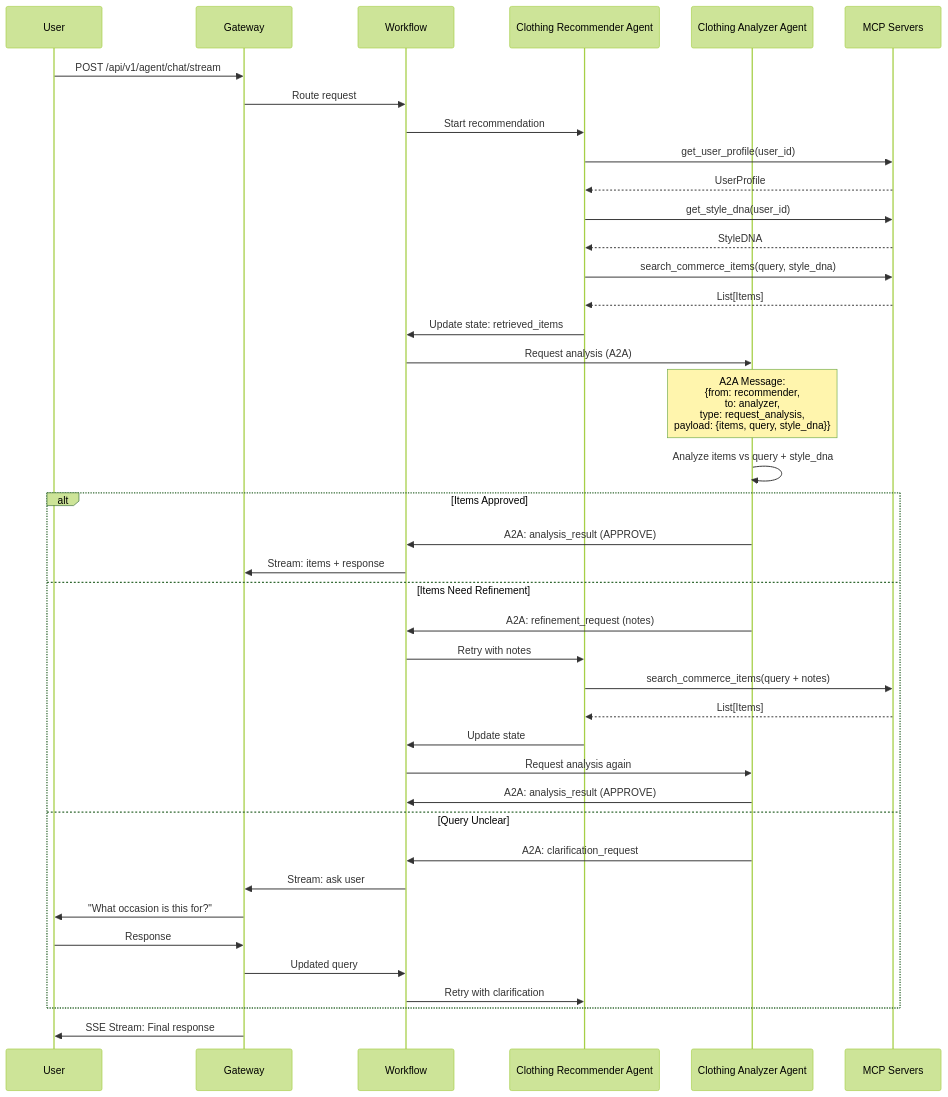
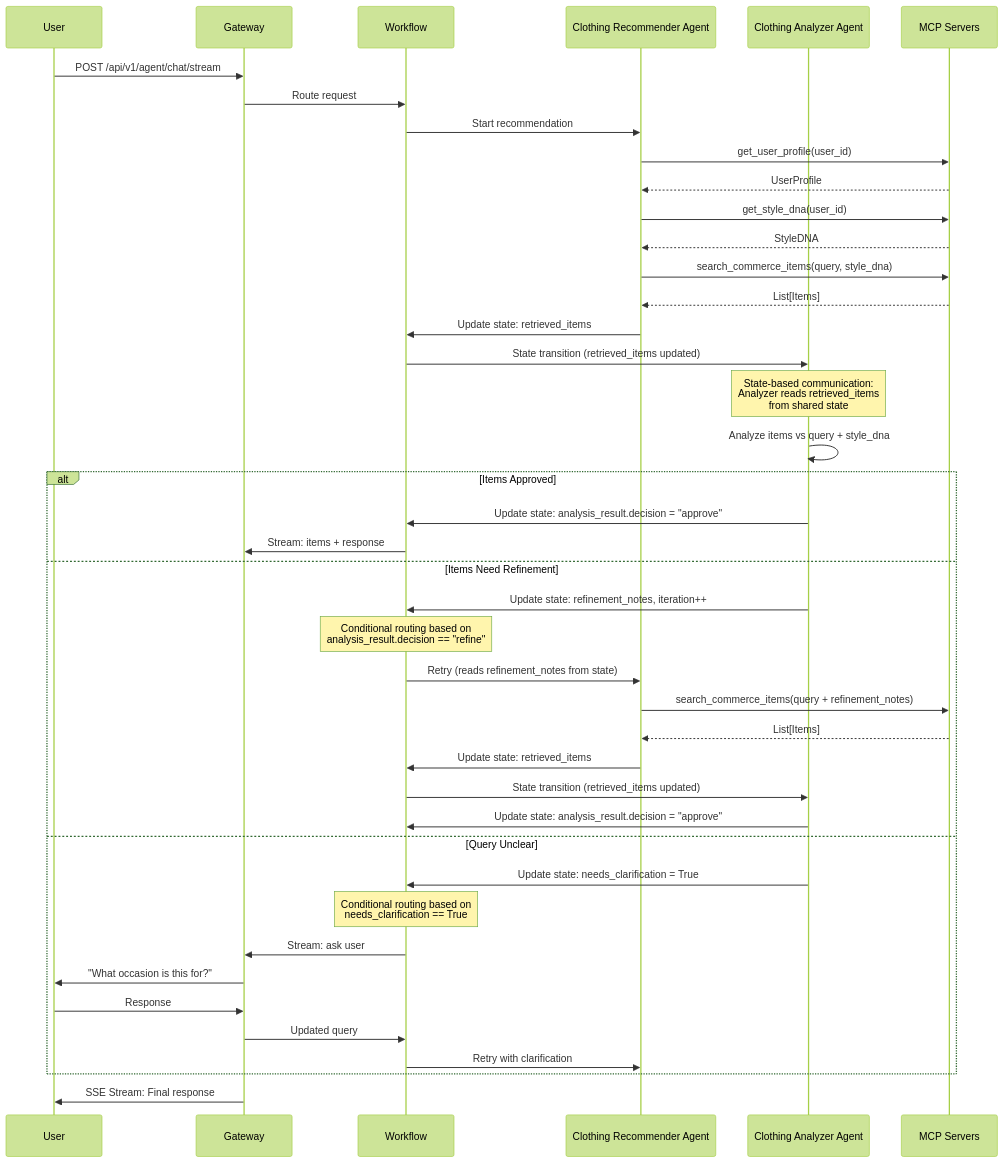
Before and after one commit to brscn2/aesthetiq: the third of 7 diagrams in python_engine/docs/MULTI_AGENT_FLOW_DIAGRAM.md, drawn with Mermaid (forest theme). The commit also changed other lines of this file and 14 other files, not shown here.

````diff
--- a/python_engine/docs/MULTI_AGENT_FLOW_DIAGRAM.md
+++ b/python_engine/docs/MULTI_AGENT_FLOW_DIAGRAM.md
@@ -147,51 +149,53 @@
 ```mermaid
 sequenceDiagram
     participant User
     participant Gateway
     participant Workflow
     participant Recommender as Clothing Recommender Agent
     participant Analyzer as Clothing Analyzer Agent
     participant MCP as MCP Servers
     
     User->>Gateway: POST /api/v1/agent/chat/stream
     Gateway->>Workflow: Route request
     Workflow->>Recommender: Start recommendation
     
     Recommender->>MCP: get_user_profile(user_id)
     MCP-->>Recommender: UserProfile
     
     Recommender->>MCP: get_style_dna(user_id)
     MCP-->>Recommender: StyleDNA
     
     Recommender->>MCP: search_commerce_items(query, style_dna)
     MCP-->>Recommender: List[Items]
     
     Recommender->>Workflow: Update state: retrieved_items
     
-    Workflow->>Analyzer: Request analysis (A2A)
-    Note over Analyzer: A2A Message:<br/>{from: recommender,<br/>to: analyzer,<br/>type: request_analysis,<br/>payload: {items, query, style_dna}}
+    Workflow->>Analyzer: State transition (retrieved_items updated)
+    Note over Analyzer: State-based communication:<br/>Analyzer reads retrieved_items<br/>from shared state
     
     Analyzer->>Analyzer: Analyze items vs query + style_dna
     
     alt Items Approved
-        Analyzer->>Workflow: A2A: analysis_result (APPROVE)
+        Analyzer->>Workflow: Update state: analysis_result.decision = "approve"
         Workflow->>Gateway: Stream: items + response
     else Items Need Refinement
-        Analyzer->>Workflow: A2A: refinement_request (notes)
-        Workflow->>Recommender: Retry with notes
-        Recommender->>MCP: search_commerce_items(query + notes)
+        Analyzer->>Workflow: Update state: refinement_notes, iteration++
+        Note over Workflow: Conditional routing based on<br/>analysis_result.decision == "refine"
+        Workflow->>Recommender: Retry (reads refinement_notes from state)
+        Recommender->>MCP: search_commerce_items(query + refinement_notes)
         MCP-->>Recommender: List[Items]
-        Recommender->>Workflow: Update state
-        Workflow->>Analyzer: Request analysis again
-        Analyzer->>Workflow: A2A: analysis_result (APPROVE)
+        Recommender->>Workflow: Update state: retrieved_items
+        Workflow->>Analyzer: State transition (retrieved_items updated)
+        Analyzer->>Workflow: Update state: analysis_result.decision = "approve"
     else Query Unclear
-        Analyzer->>Workflow: A2A: clarification_request
+        Analyzer->>Workflow: Update state: needs_clarification = True
+        Note over Workflow: Conditional routing based on<br/>needs_clarification == True
         Workflow->>Gateway: Stream: ask user
         Gateway->>User: "What occasion is this for?"
         User->>Gateway: Response
         Gateway->>Workflow: Updated query
         Workflow->>Recommender: Retry with clarification
     end
     
     Gateway->>User: SSE Stream: Final response
 ```
````
